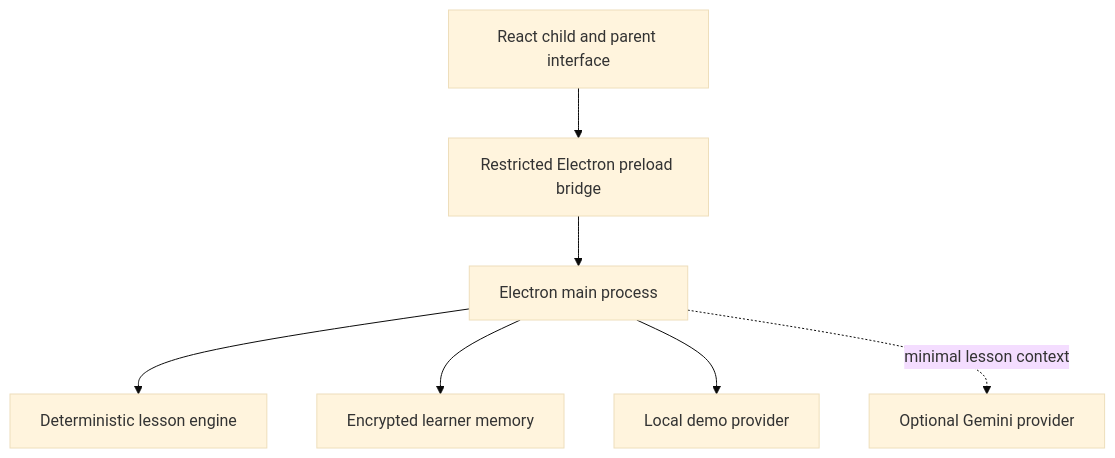
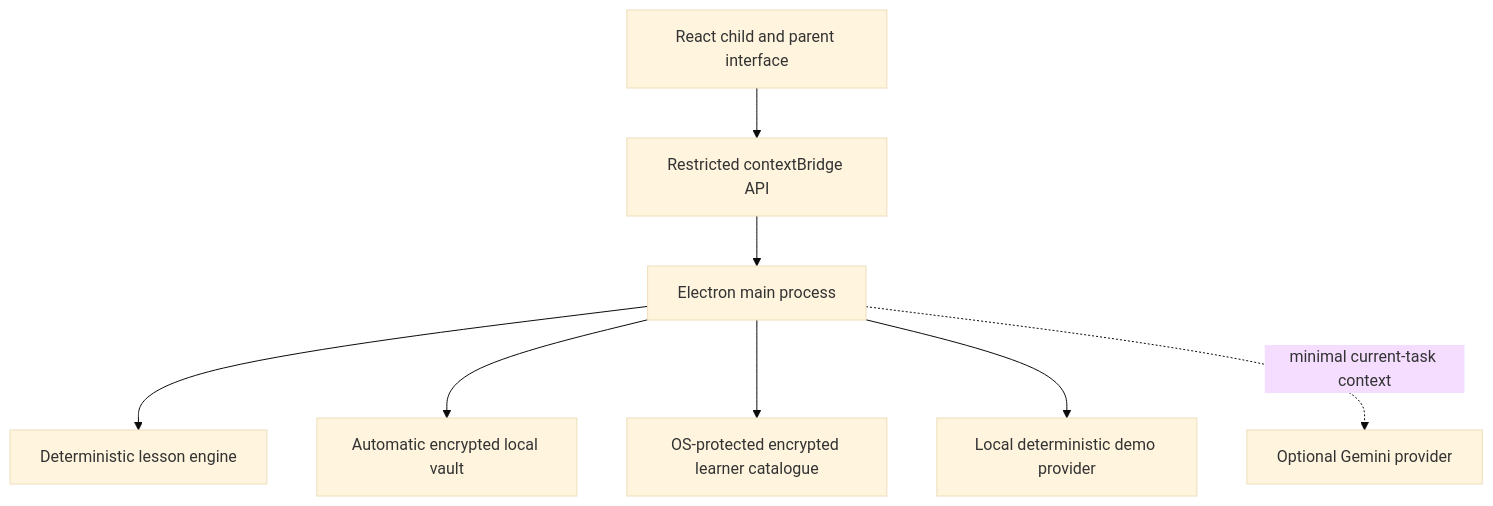
Before and after one commit to inbharatai/mindcarry: the second of 2 diagrams in README.md, drawn with Mermaid (base theme). The commit also changed other lines of this file, not shown here.

Commit message:
docs: align README with pre-MVP status and automated encrypted vault

````diff
--- a/README.md
+++ b/README.md
@@ -105,17 +195,19 @@
 ```mermaid
 flowchart TB
     UI[React child and parent interface]
-    PRELOAD[Restricted Electron preload bridge]
+    BRIDGE[Restricted contextBridge API]
     MAIN[Electron main process]
     ENGINE[Deterministic lesson engine]
-    MEMORY[Encrypted learner memory]
-    DEMO[Local demo provider]
+    VAULT[Automatic encrypted local vault]
+    CATALOG[OS-protected encrypted learner catalogue]
+    DEMO[Local deterministic demo provider]
     GEMINI[Optional Gemini provider]
 
-    UI --> PRELOAD
-    PRELOAD --> MAIN
+    UI --> BRIDGE
+    BRIDGE --> MAIN
     MAIN --> ENGINE
-    MAIN --> MEMORY
+    MAIN --> VAULT
+    MAIN --> CATALOG
     MAIN --> DEMO
-    MAIN -. minimal lesson context .-> GEMINI
+    MAIN -. minimal current-task context .-> GEMINI
 ```
````
